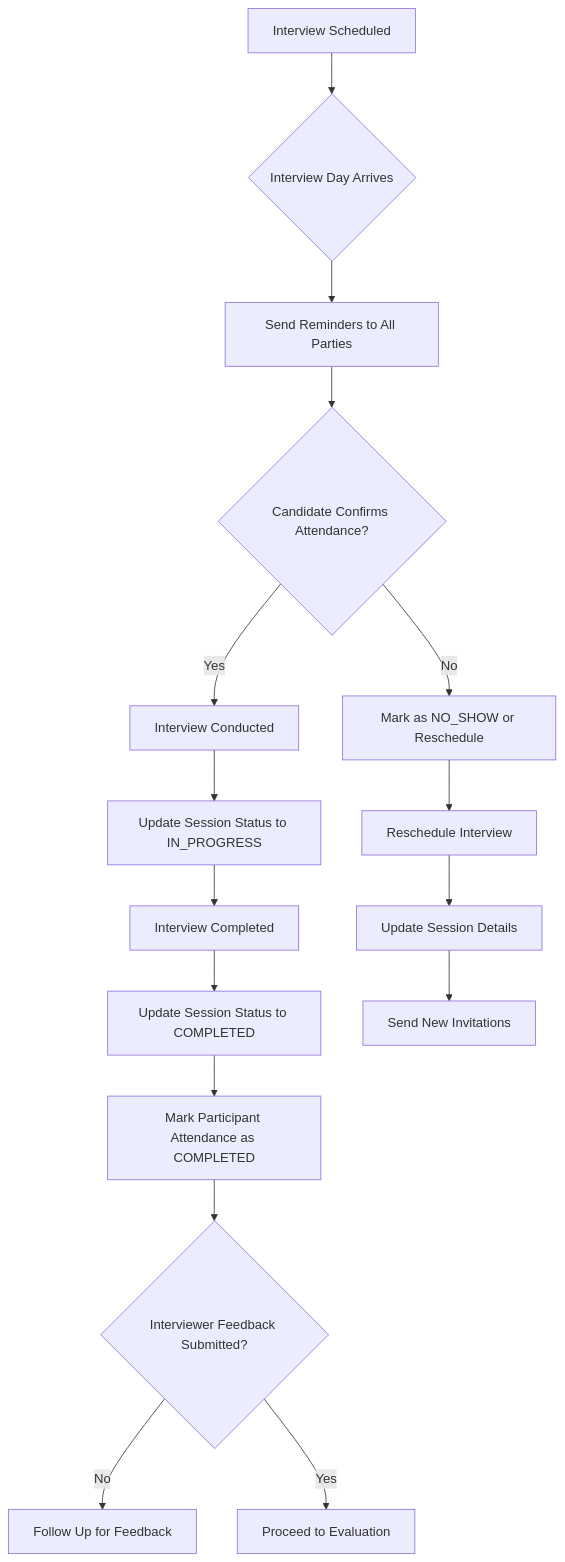
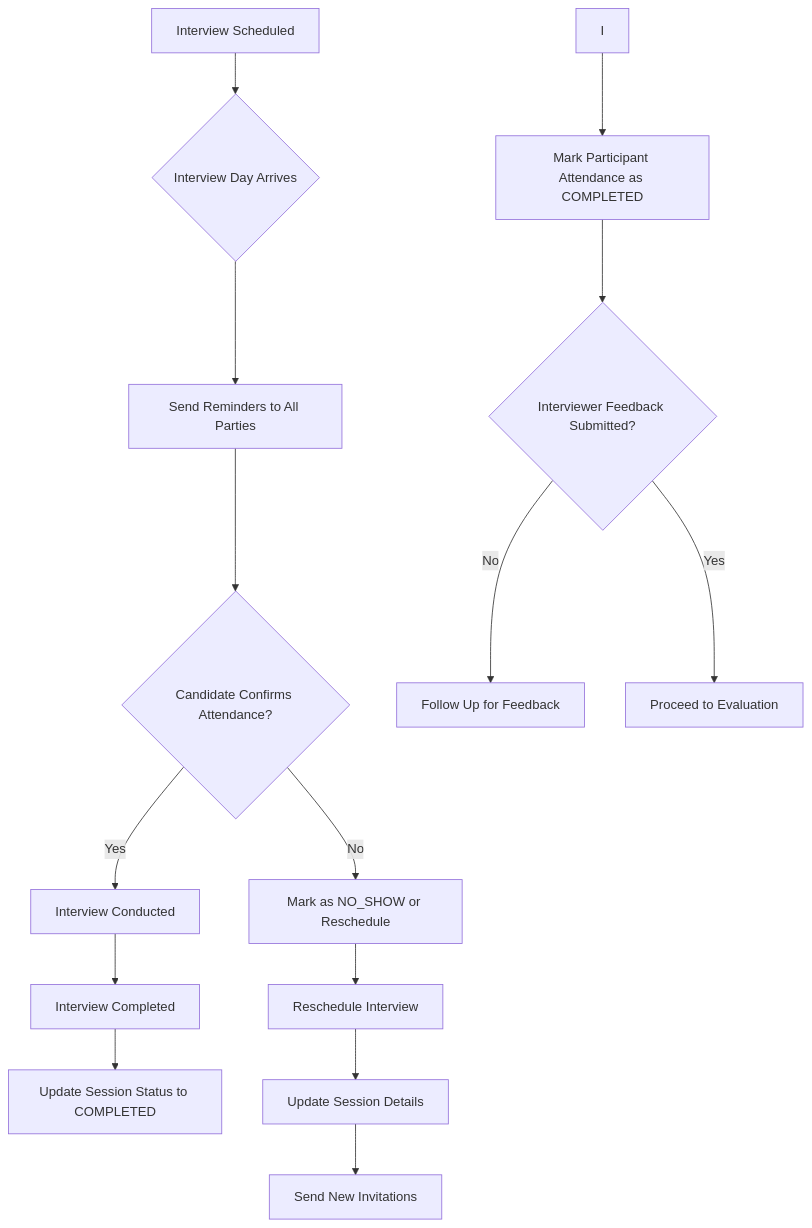
One commit to blih-tech/BLIH-Business-Lifecycle-Integrated-Hub-sys changed the fourth of 13 diagrams in docs/RECRUITMENT_FLOW_JOB_POSTING_TO_INTERVIEW.md. Above: the diagram before and after it, drawn with Mermaid. The commit also changed other lines of this file and 1 other file, not shown here.

````diff
--- a/docs/RECRUITMENT_FLOW_JOB_POSTING_TO_INTERVIEW.md
+++ b/docs/RECRUITMENT_FLOW_JOB_POSTING_TO_INTERVIEW.md
@@ -952,18 +1014,17 @@
 ```mermaid
 flowchart TD
     A[Interview Scheduled] --> B{Interview Day Arrives}
     B --> C[Send Reminders to All Parties]
     C --> D{Candidate Confirms Attendance?}
     D -->|No| E[Mark as NO_SHOW or Reschedule]
     D -->|Yes| F[Interview Conducted]
-    F --> G[Update Session Status to IN_PROGRESS]
-    G --> H[Interview Completed]
-    H --> I[Update Session Status to COMPLETED]
+    F --> G[Interview Completed]
+    G --> H[Update Session Status to COMPLETED]
     I --> J[Mark Participant Attendance as COMPLETED]
     J --> K{Interviewer Feedback Submitted?}
     K -->|No| L[Follow Up for Feedback]
     K -->|Yes| M[Proceed to Evaluation]
     E --> N[Reschedule Interview]
     N --> O[Update Session Details]
     O --> P[Send New Invitations]
 ```
````
